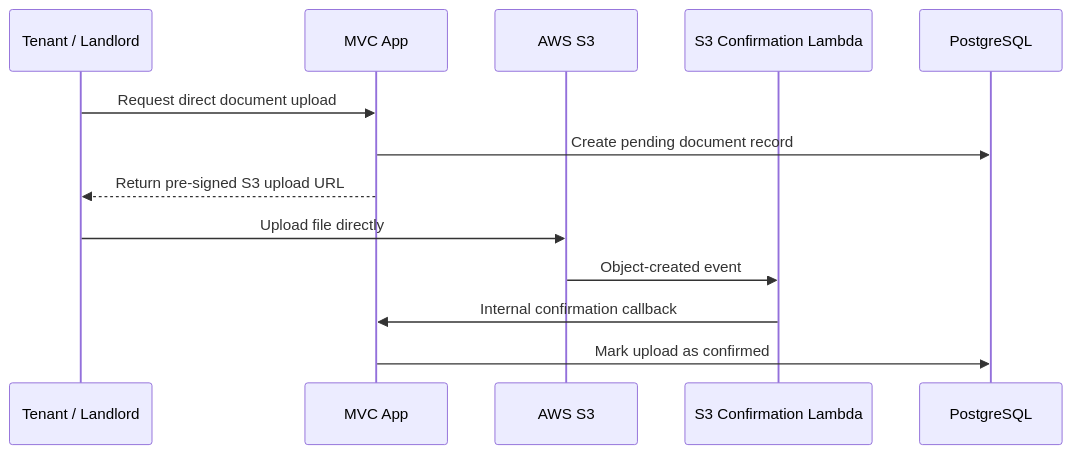
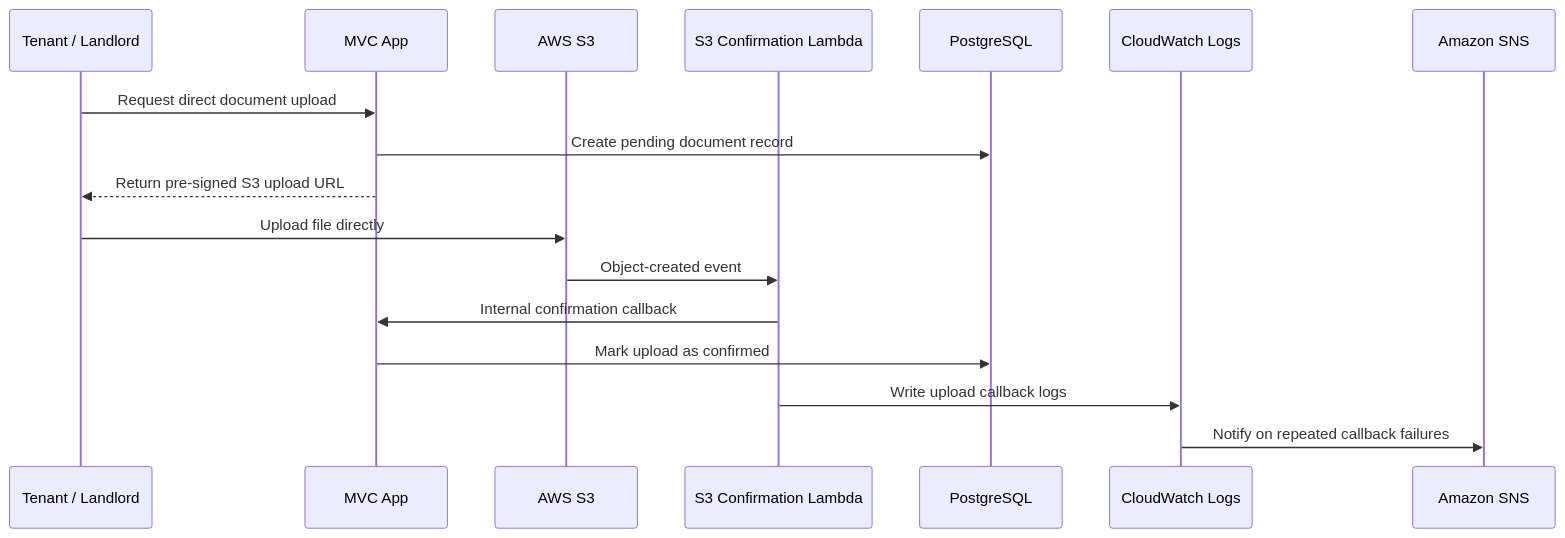
The third of 3 diagrams in docs/project-structure-presentation.md (kairui1012/SuperNiubi_AWS_PROJECT), drawn with Mermaid before and after one commit. The commit also changed other lines of this file and 9 other files, not shown here.

````diff
--- a/docs/project-structure-presentation.md
+++ b/docs/project-structure-presentation.md
@@ -892,16 +1013,20 @@
 ```mermaid
 sequenceDiagram
     participant User as Tenant / Landlord
     participant MVC as MVC App
     participant S3 as AWS S3
     participant Lambda as S3 Confirmation Lambda
     participant DB as PostgreSQL
+    participant CloudWatch as CloudWatch Logs
+    participant SNS as Amazon SNS
 
     User->>MVC: Request direct document upload
     MVC->>DB: Create pending document record
     MVC-->>User: Return pre-signed S3 upload URL
     User->>S3: Upload file directly
     S3->>Lambda: Object-created event
     Lambda->>MVC: Internal confirmation callback
     MVC->>DB: Mark upload as confirmed
+    Lambda->>CloudWatch: Write upload callback logs
+    CloudWatch->>SNS: Notify on repeated callback failures
 ```
````
